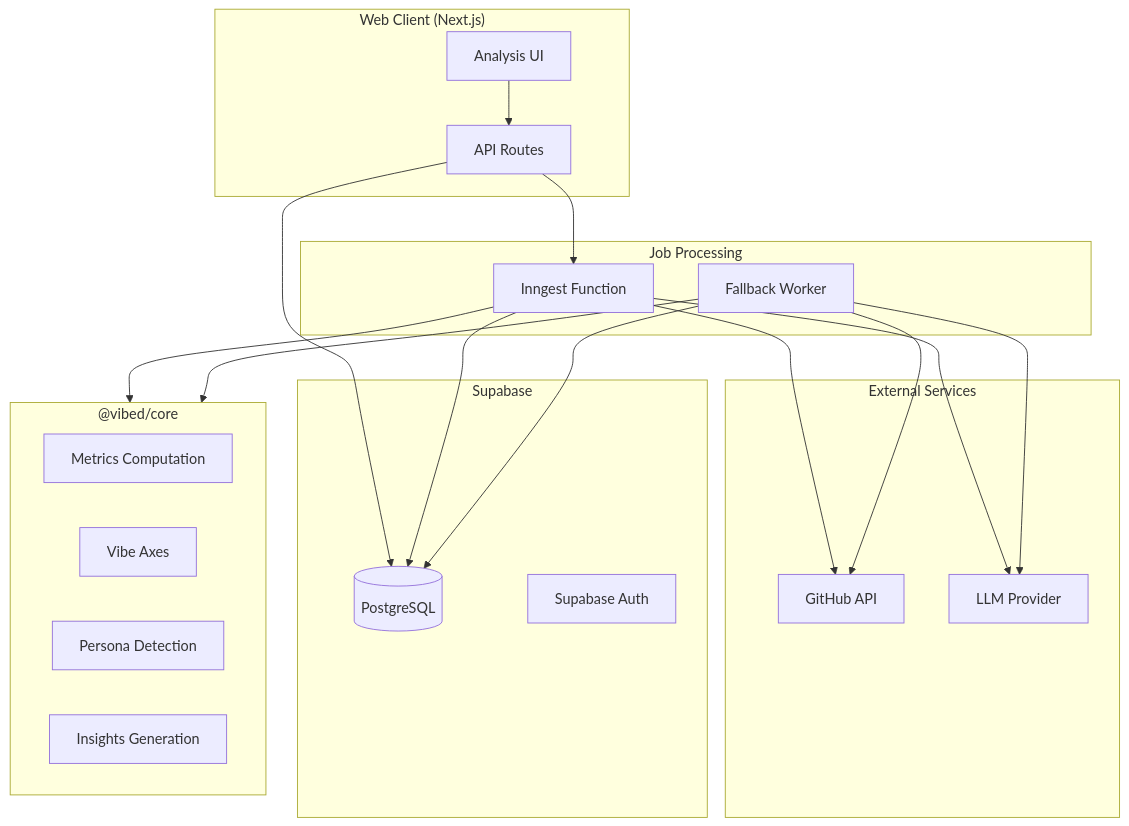
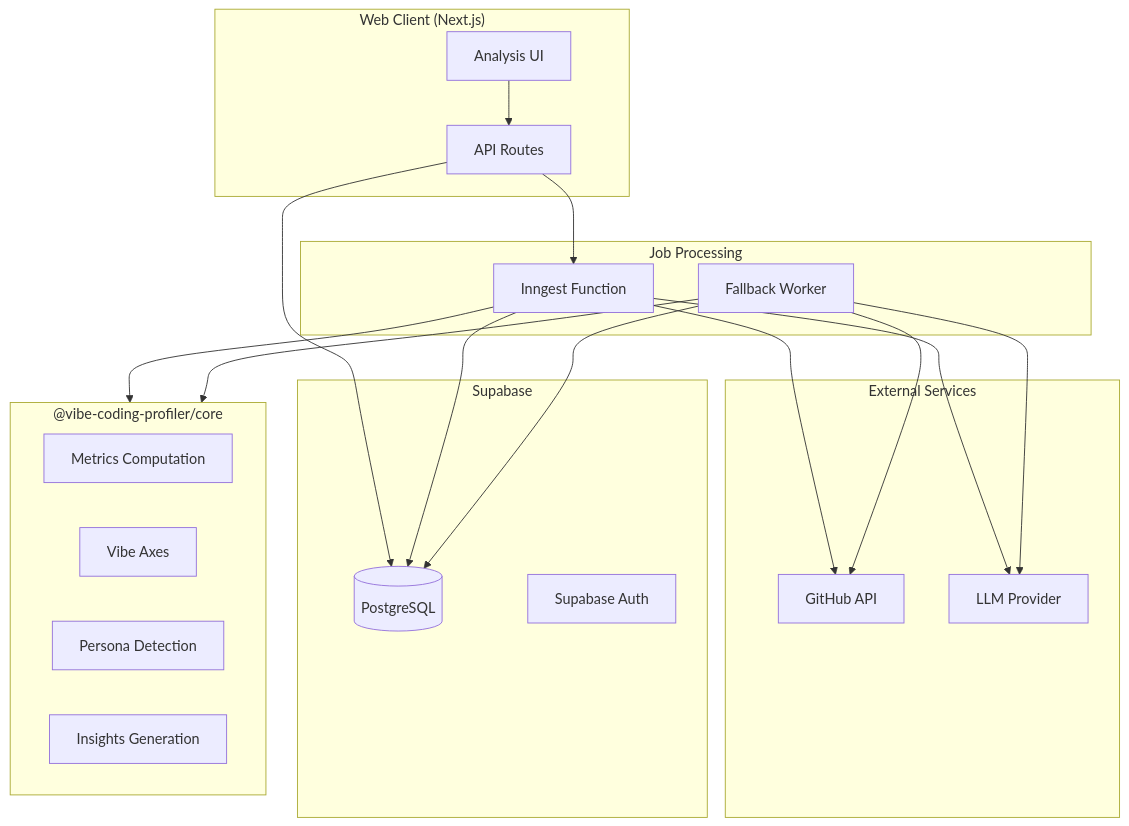
Before and after one commit to devakone/vibe-coding-profiler: the first of 9 diagrams in docs/architecture/vibed-analysis-pipeline.md, drawn with Mermaid. The commit also changed other lines of this file and 59 other files, not shown here.

First line of the commit message:
refactor: rename @vibed scope to @vibe-coding-profiler

````diff
--- a/docs/architecture/vibed-analysis-pipeline.md
+++ b/docs/architecture/vibed-analysis-pipeline.md
@@ -28,41 +28,41 @@
 ```mermaid
 flowchart TB
     subgraph Client["Web Client (Next.js)"]
         UI[Analysis UI]
         API[API Routes]
     end
 
     subgraph Processing["Job Processing"]
         Inngest[Inngest Function]
         Worker[Fallback Worker]
     end
 
     subgraph External["External Services"]
         GitHub[GitHub API]
         LLM[LLM Provider]
     end
 
     subgraph Storage["Supabase"]
         DB[(PostgreSQL)]
         Auth[Supabase Auth]
     end
 
-    subgraph Core["@vibed/core"]
+    subgraph Core["@vibe-coding-profiler/core"]
         Metrics[Metrics Computation]
         Axes[Vibe Axes]
         Persona[Persona Detection]
         Insights[Insights Generation]
     end
 
     UI --> API
     API --> DB
     API --> Inngest
     Inngest --> GitHub
     Inngest --> Core
     Inngest --> LLM
     Inngest --> DB
     Worker --> GitHub
     Worker --> Core
     Worker --> LLM
     Worker --> DB
 ```
````
